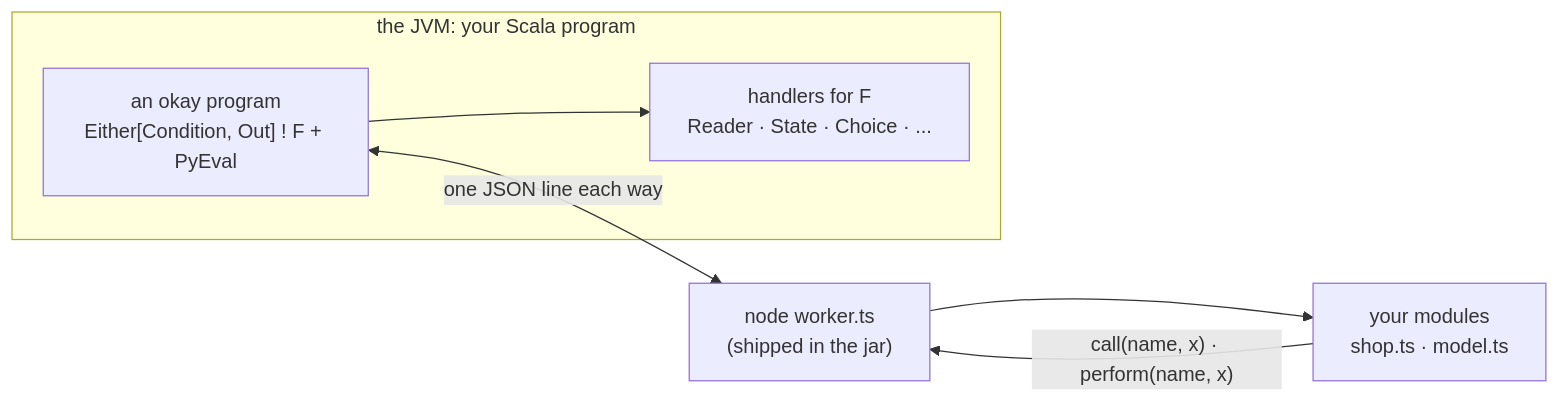
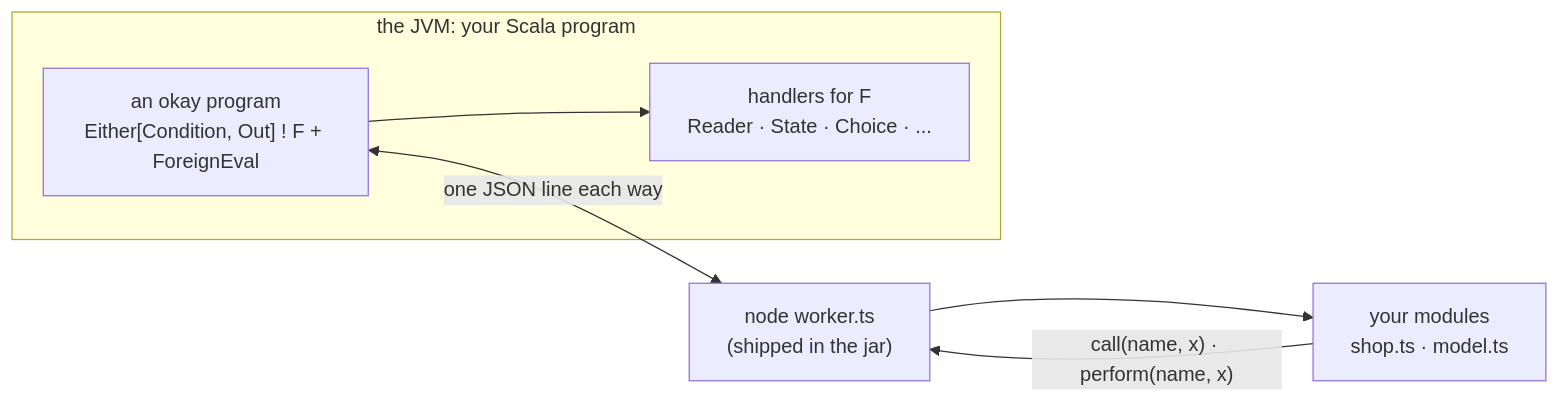
Before and after one commit to sergey-scherbina/okay: the diagram in docs/typescript.md, drawn with Mermaid. The commit also changed other lines of this file and 25 other files, not shown here.

First line of the commit message:
foreign-names: ForeignEval, ForeignWorker and Foreign are the engine's canonical names (operator); Py/PyEval/PySubprocess kept as aliases; Go, Haskell, TS-facade and one-wire code and docs use the neutral names

````diff
--- a/docs/typescript.md
+++ b/docs/typescript.md
@@ -520,13 +520,13 @@
 ```mermaid
 flowchart LR
   subgraph JVM["the JVM: your Scala program"]
-    P["an okay program<br/>Either[Condition, Out] ! F + PyEval"]
+    P["an okay program<br/>Either[Condition, Out] ! F + ForeignEval"]
     F["handlers for F<br/>Reader · State · Choice · ..."]
     P --> F
   end
   W["node worker.ts<br/>(shipped in the jar)"]
   M["your modules<br/>shop.ts · model.ts"]
   P <-->|"one JSON line each way"| W
   W --> M
   M -->|"call(name, x) · perform(name, x)"| W
 ```
````
